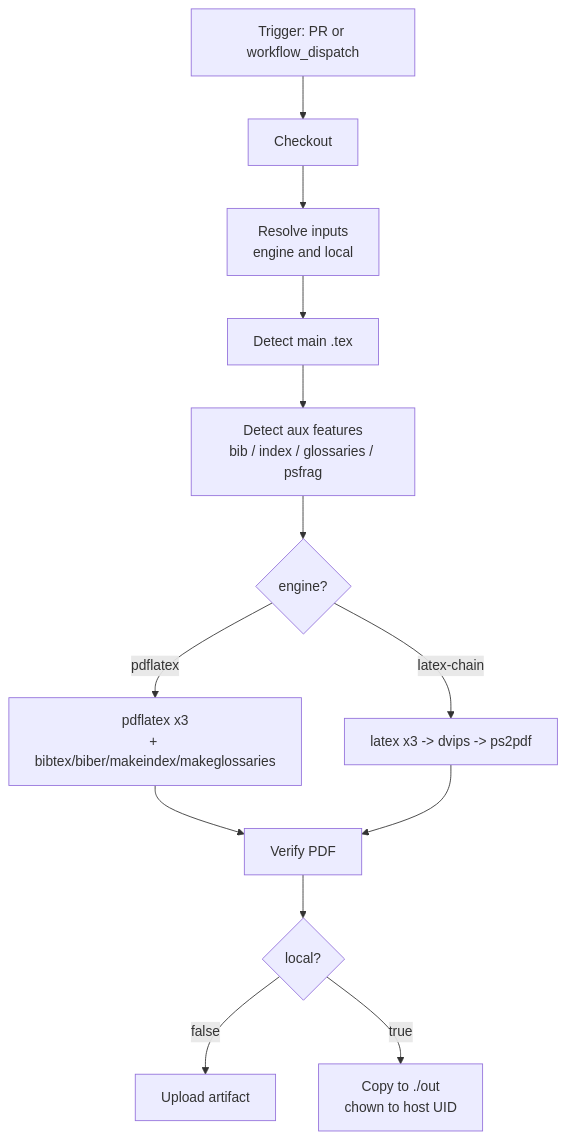
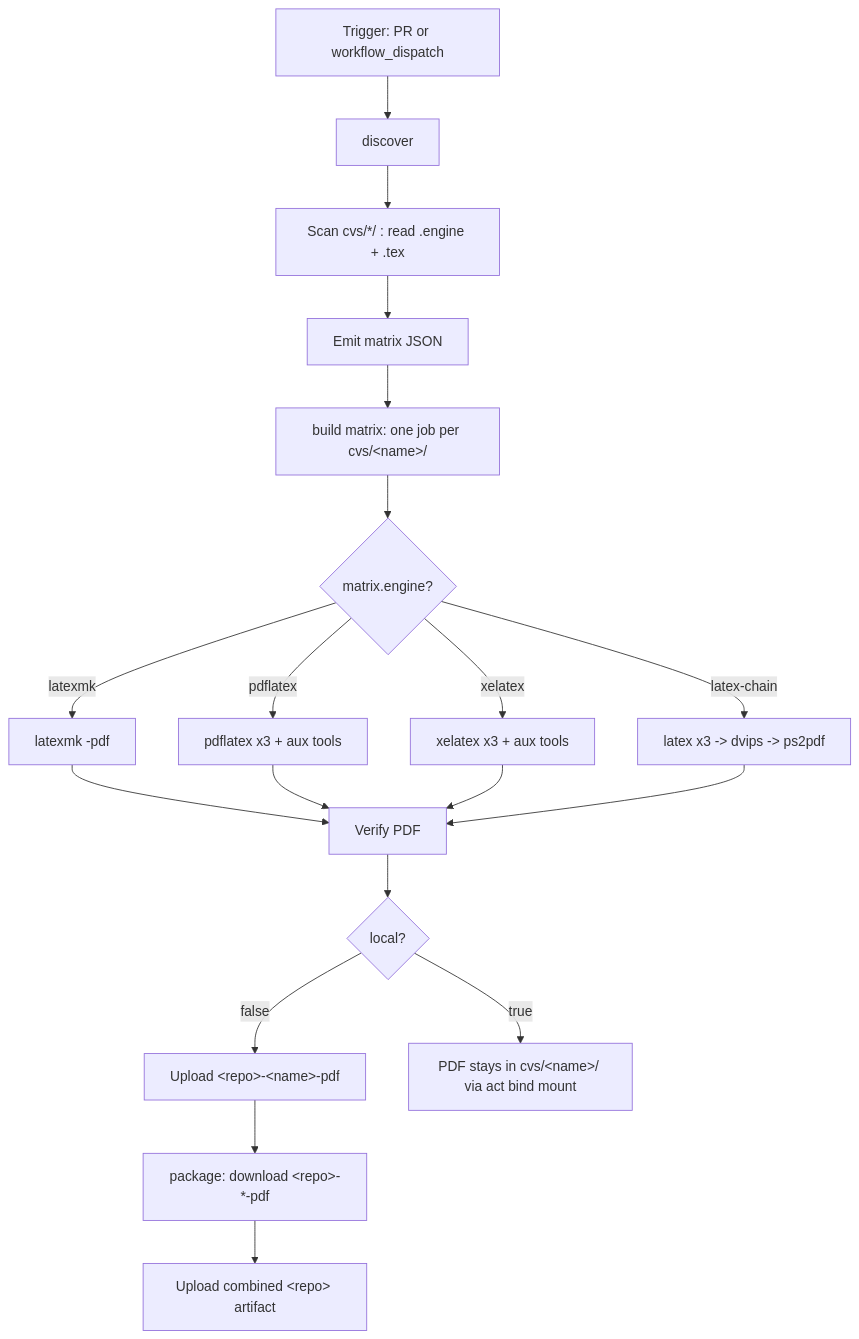
The diagram in README.md (stklug84/curriculum-vitae), drawn with Mermaid before and after one commit. The commit also changed other lines of this file and 3 other files, not shown here.

````diff
--- a/README.md
+++ b/README.md
@@ -112,15 +170,21 @@
 ```mermaid
 flowchart TD
-  A[Trigger: PR or workflow_dispatch] --> B[Checkout]
-  B --> C[Resolve inputs<br/>engine and local]
-  C --> D[Detect main .tex]
-  D --> E[Detect aux features<br/>bib / index / glossaries / psfrag]
-  E --> F{engine?}
-  F -- pdflatex --> G[pdflatex x3<br/>+ bibtex/biber/makeindex/makeglossaries]
-  F -- latex-chain --> H[latex x3 -> dvips -> ps2pdf]
-  G --> I[Verify PDF]
-  H --> I
-  I --> J{local?}
-  J -- false --> K[Upload artifact]
-  J -- true  --> L[Copy to ./out<br/>chown to host UID]
+  A[Trigger: PR or workflow_dispatch] --> B[discover]
+  B --> C[Scan cvs/*/ : read .engine + .tex]
+  C --> D[Emit matrix JSON]
+  D --> E[build matrix: one job per cvs/&lt;name&gt;/]
+  E --> F{matrix.engine?}
+  F -- latexmk     --> G[latexmk -pdf]
+  F -- pdflatex    --> H[pdflatex x3 + aux tools]
+  F -- xelatex     --> I[xelatex x3 + aux tools]
+  F -- latex-chain --> J[latex x3 -> dvips -> ps2pdf]
+  G --> K[Verify PDF]
+  H --> K
+  I --> K
+  J --> K
+  K --> L{local?}
+  L -- false --> M[Upload &lt;repo&gt;-&lt;name&gt;-pdf]
+  L -- true  --> N[PDF stays in cvs/&lt;name&gt;/ via act bind mount]
+  M --> O[package: download &lt;repo&gt;-*-pdf]
+  O --> P[Upload combined &lt;repo&gt; artifact]
 ```
````
